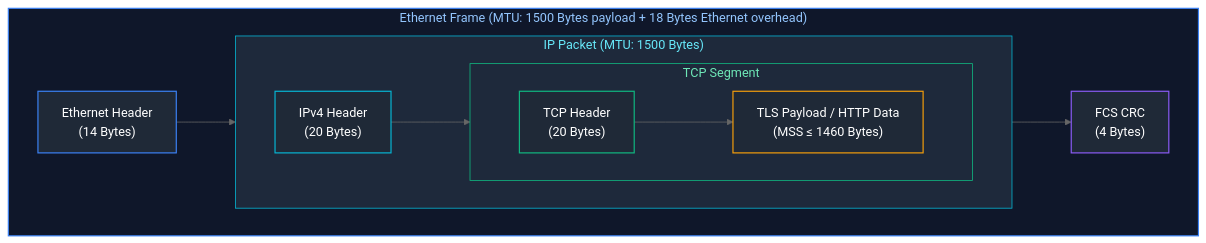
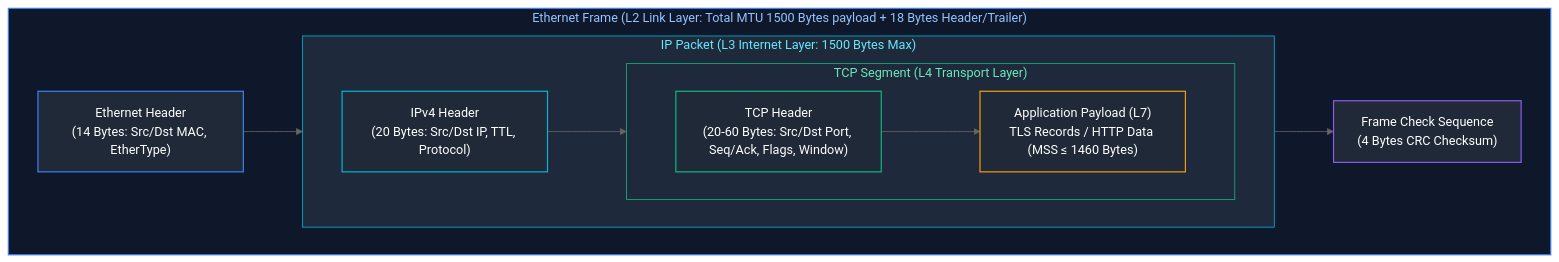
The second of 13 diagrams in Cloud Engineering/02_networking_fundamentals.md (joydeep-biswas/Interview-Preparation), drawn with Mermaid (neutral theme) before and after one commit. The commit also changed other lines of this file and 143 other files, not shown here.

````diff
--- a/Cloud Engineering/02_networking_fundamentals.md
+++ b/Cloud Engineering/02_networking_fundamentals.md
@@ -97,27 +122,27 @@
 ```mermaid
 flowchart LR
-    subgraph Frame ["Ethernet Frame (MTU: 1500 Bytes payload + 18 Bytes Ethernet overhead)"]
+    subgraph Frame ["Ethernet Frame (L2 Link Layer: Total MTU 1500 Bytes payload + 18 Bytes Header/Trailer)"]
         direction LR
-        Eth["Ethernet Header<br/>(14 Bytes)"]
-        subgraph IPPacket ["IP Packet (MTU: 1500 Bytes)"]
+        Eth["Ethernet Header<br/>(14 Bytes: Src/Dst MAC, EtherType)"]
+        subgraph IPPacket ["IP Packet (L3 Internet Layer: 1500 Bytes Max)"]
             direction LR
-            IPv4["IPv4 Header<br/>(20 Bytes)"]
-            subgraph TCPPacket ["TCP Segment"]
+            IPv4["IPv4 Header<br/>(20 Bytes: Src/Dst IP, TTL, Protocol)"]
+            subgraph TCPPacket ["TCP Segment (L4 Transport Layer)"]
                 direction LR
-                TCP["TCP Header<br/>(20 Bytes)"]
-                Payload["TLS Payload / HTTP Data<br/>(MSS &le; 1460 Bytes)"]
+                TCP["TCP Header<br/>(20-60 Bytes: Src/Dst Port, Seq/Ack, Flags, Window)"]
+                Payload["Application Payload (L7)<br/>TLS Records / HTTP Data (MSS &le; 1460 Bytes)"]
             end
         end
-        FCS["FCS CRC<br/>(4 Bytes)"]
+        FCS["Frame Check Sequence<br/>(4 Bytes CRC Checksum)"]
         Eth --> IPv4 --> TCP --> Payload --> FCS
     end
 
     style Frame fill:#0f172a,stroke:#3b82f6,stroke-width:1.5px,color:#93c5fd
     style IPPacket fill:#1e293b,stroke:#06b6d4,stroke-width:1px,color:#67e8f9
     style TCPPacket fill:#1e293b,stroke:#10b981,stroke-width:1px,color:#6ee7b7
     style Eth fill:#1f2937,stroke:#3b82f6,stroke-width:1.5px,color:#fff
     style IPv4 fill:#1f2937,stroke:#06b6d4,stroke-width:1.5px,color:#fff
     style TCP fill:#1f2937,stroke:#10b981,stroke-width:1.5px,color:#fff
     style Payload fill:#1f2937,stroke:#f59e0b,stroke-width:1.5px,color:#fff
     style FCS fill:#1f2937,stroke:#8b5cf6,stroke-width:1.5px,color:#fff
 ```
````
